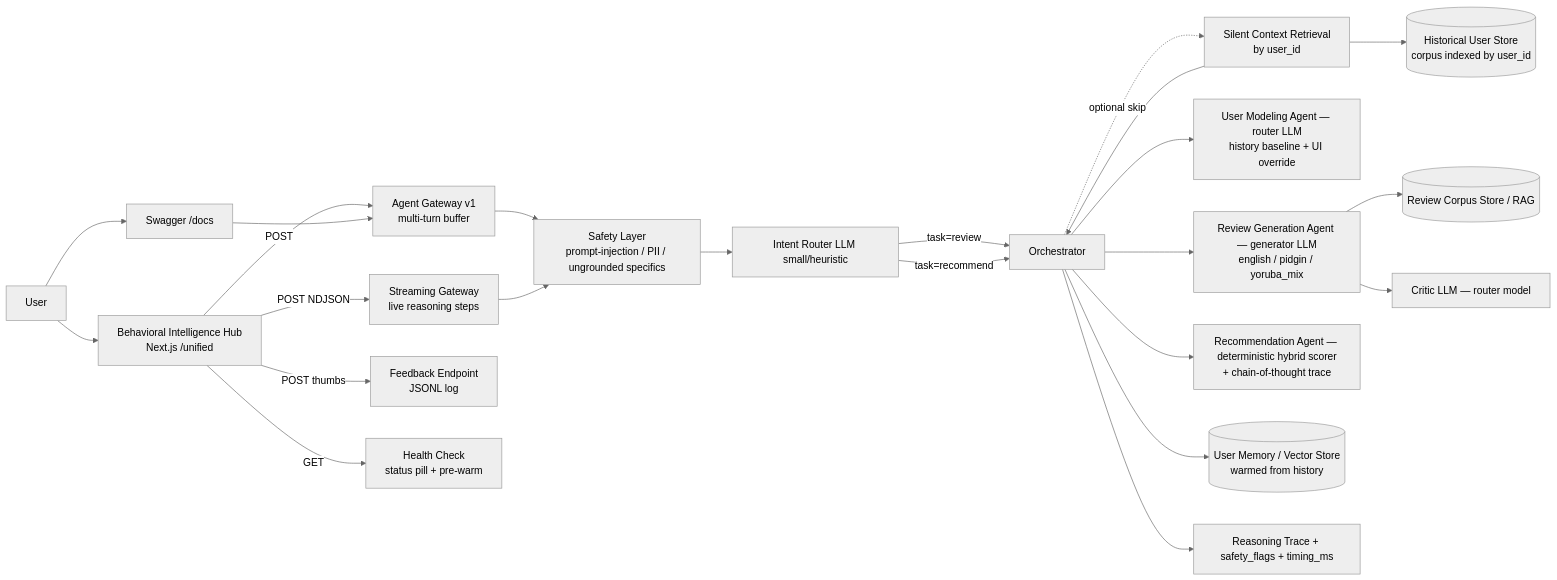
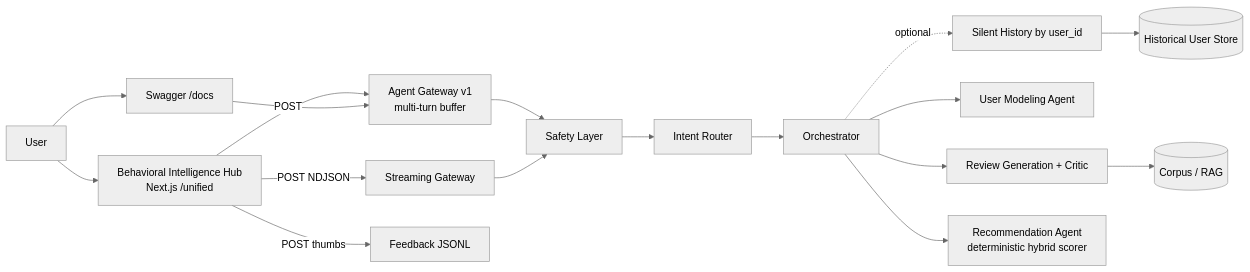
One commit to taotechs/NaijaSense-AI changed the second of 2 diagrams in README.md. Above: the diagram before and after it, drawn with Mermaid (neutral theme). The commit also changed other lines of this file, not shown here.

Commit message:
docs(readme): align architecture and API docs with submission endpoints

````diff
--- a/README.md
+++ b/README.md
@@ -63,25 +94,19 @@
 ```mermaid
 flowchart LR
     U[User] --> FE[Behavioral Intelligence Hub<br/>Next.js /unified]
     U --> SW[Swagger /docs]
     FE -->|POST| AGW[Agent Gateway v1<br/>multi-turn buffer]
-    FE -->|POST NDJSON| STR[Streaming Gateway<br/>live reasoning steps]
-    FE -->|POST thumbs| FB[Feedback Endpoint<br/>JSONL log]
-    FE -->|GET| HC[Health Check<br/>status pill + pre-warm]
+    FE -->|POST NDJSON| STR[Streaming Gateway]
+    FE -->|POST thumbs| FB[Feedback JSONL]
     SW --> AGW
-    AGW --> SAFE[Safety Layer<br/>prompt-injection / PII / ungrounded specifics]
+    AGW --> SAFE[Safety Layer]
     STR --> SAFE
-    SAFE --> IR[Intent Router LLM small/heuristic]
-    IR -->|task=review| O[Orchestrator]
-    IR -->|task=recommend| O
-    O -.optional skip.-> SCR[Silent Context Retrieval<br/>by user_id]
-    SCR --> HUS[(Historical User Store<br/>corpus indexed by user_id)]
-    SCR --> O
-    O --> UMA[User Modeling Agent — router LLM<br/>history baseline + UI override]
-    O --> RGA[Review Generation Agent — generator LLM<br/>english / pidgin / yoruba_mix]
-    O --> RA[Recommendation Agent — deterministic hybrid scorer<br/>+ chain-of-thought trace]
-    RGA --> RAG[(Review Corpus Store / RAG)]
-    RGA --> CRI[Critic LLM — router model]
-    O --> MEM[(User Memory / Vector Store<br/>warmed from history)]
-    O --> TRC[Reasoning Trace + safety_flags + timing_ms]
+    SAFE --> IR[Intent Router]
+    IR --> O[Orchestrator]
+    O -.optional.-> SCR[Silent History by user_id]
+    SCR --> HUS[(Historical User Store)]
+    O --> UMA[User Modeling Agent]
+    O --> RGA[Review Generation + Critic]
+    O --> RA[Recommendation Agent<br/>deterministic hybrid scorer]
+    RGA --> RAG[(Corpus / RAG)]
 ```
````
